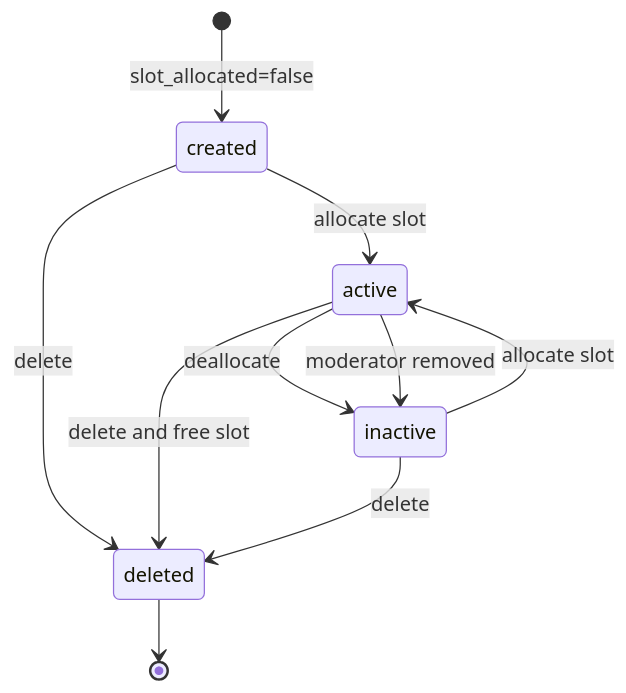
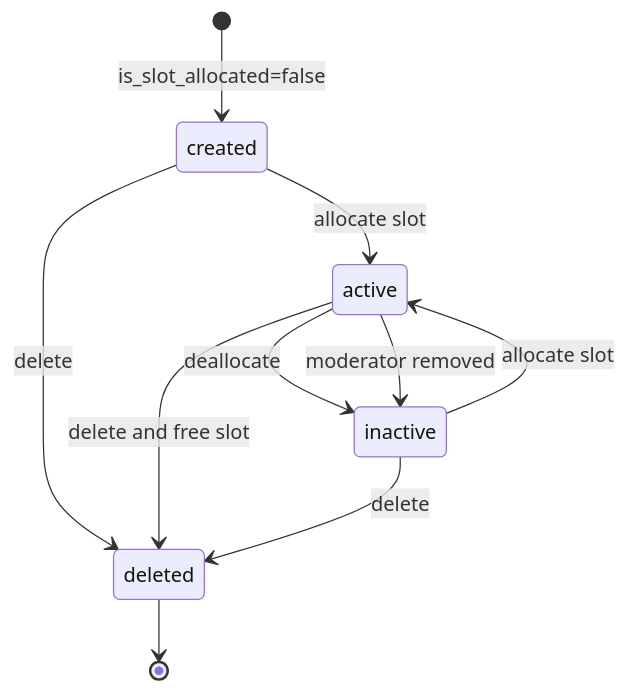
One commit to vouchington/vouchington changed the diagram in docs/requirements/moderation/reference-community-moderation-slot-limits.md. Above: the diagram before and after it, drawn with Mermaid. The commit also changed other lines of this file and 1855 other files, not shown here.

````diff
--- a/docs/requirements/moderation/reference-community-moderation-slot-limits.md
+++ b/docs/requirements/moderation/reference-community-moderation-slot-limits.md
@@ -19,12 +19,12 @@
 ```mermaid
 stateDiagram-v2
-  [*] --> created: slot_allocated=false
+  [*] --> created: is_slot_allocated=false
   created --> active: allocate slot
   active --> inactive: deallocate
   active --> inactive: moderator removed
   created --> deleted: delete
   active --> deleted: delete and free slot
   inactive --> active: allocate slot
   inactive --> deleted: delete
   deleted --> [*]
 ```
````
